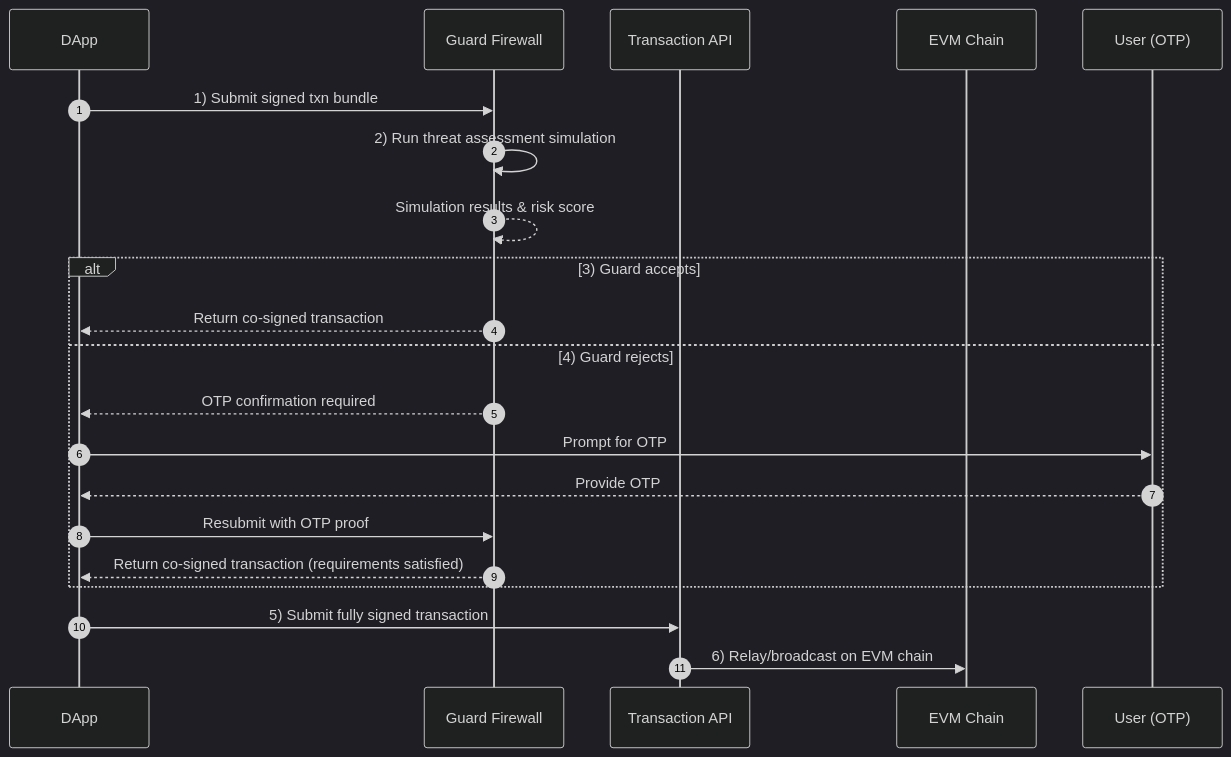
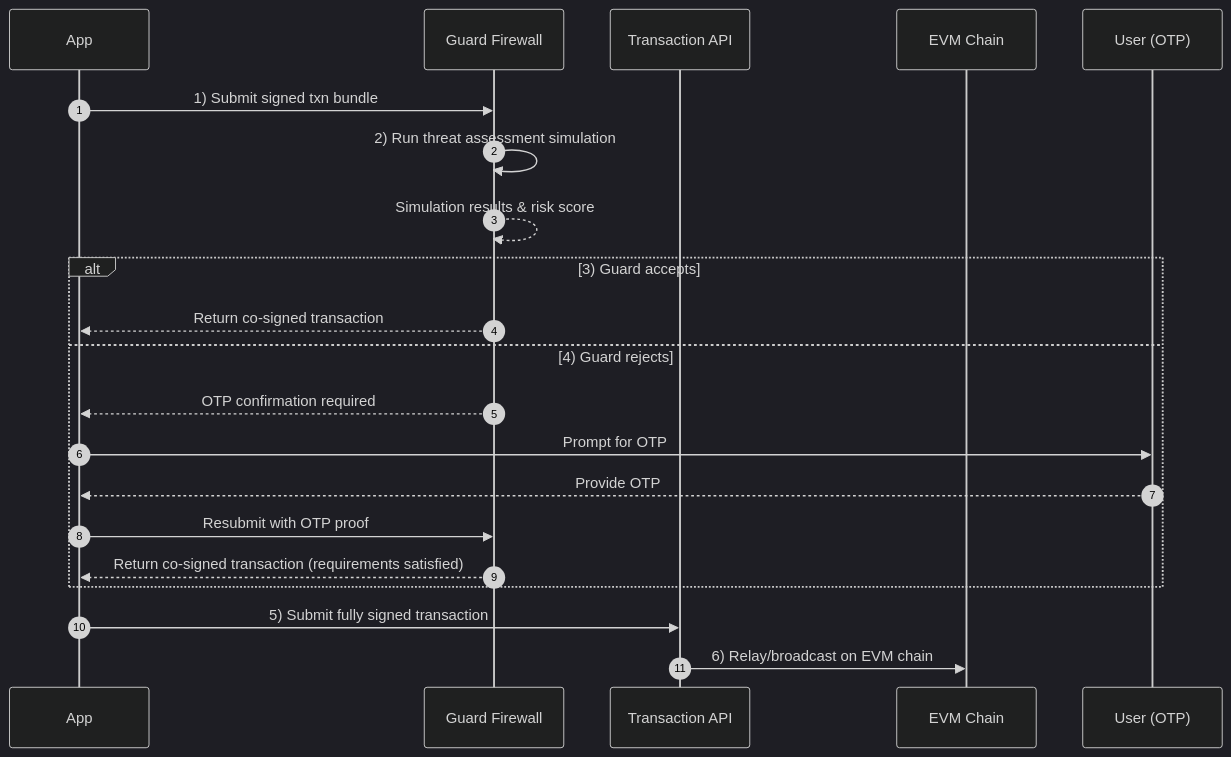
Before and after one commit to 0xsequence/docs: the first of 2 diagrams in solutions/wallets/ecosystems/guard-firewall.mdx, drawn with Mermaid (dark theme). The commit also changed other lines of this file and 19 other files, not shown here.

Commit message:
dapp -> app

````diff
--- a/solutions/wallets/ecosystems/guard-firewall.mdx
+++ b/solutions/wallets/ecosystems/guard-firewall.mdx
@@ -9,26 +9,26 @@
 ```mermaid
 sequenceDiagram
     autonumber
-    participant Dapp as DApp
+    participant App as App
     participant Guard as Guard Firewall
     participant Relayer as Transaction API
     participant Chain as EVM Chain
     participant User as User (OTP)
 
-    Dapp->>Guard: 1) Submit signed txn bundle
+    App->>Guard: 1) Submit signed txn bundle
     Guard->>Guard: 2) Run threat assessment simulation
     Guard-->>Guard: Simulation results & risk score
 
     alt 3) Guard accepts
-        Guard-->>Dapp: Return co-signed transaction
+        Guard-->>App: Return co-signed transaction
     else 4) Guard rejects
-        Guard-->>Dapp: OTP confirmation required
-        Dapp->>User: Prompt for OTP
-        User-->>Dapp: Provide OTP
-        Dapp->>Guard: Resubmit with OTP proof
-        Guard-->>Dapp: Return co-signed transaction (requirements satisfied)
+        Guard-->>App: OTP confirmation required
+        App->>User: Prompt for OTP
+        User-->>App: Provide OTP
+        App->>Guard: Resubmit with OTP proof
+        Guard-->>App: Return co-signed transaction (requirements satisfied)
     end
 
-    Dapp->>Relayer: 5) Submit fully signed transaction
+    App->>Relayer: 5) Submit fully signed transaction
     Relayer->>Chain: 6) Relay/broadcast on EVM chain
 ```
````
